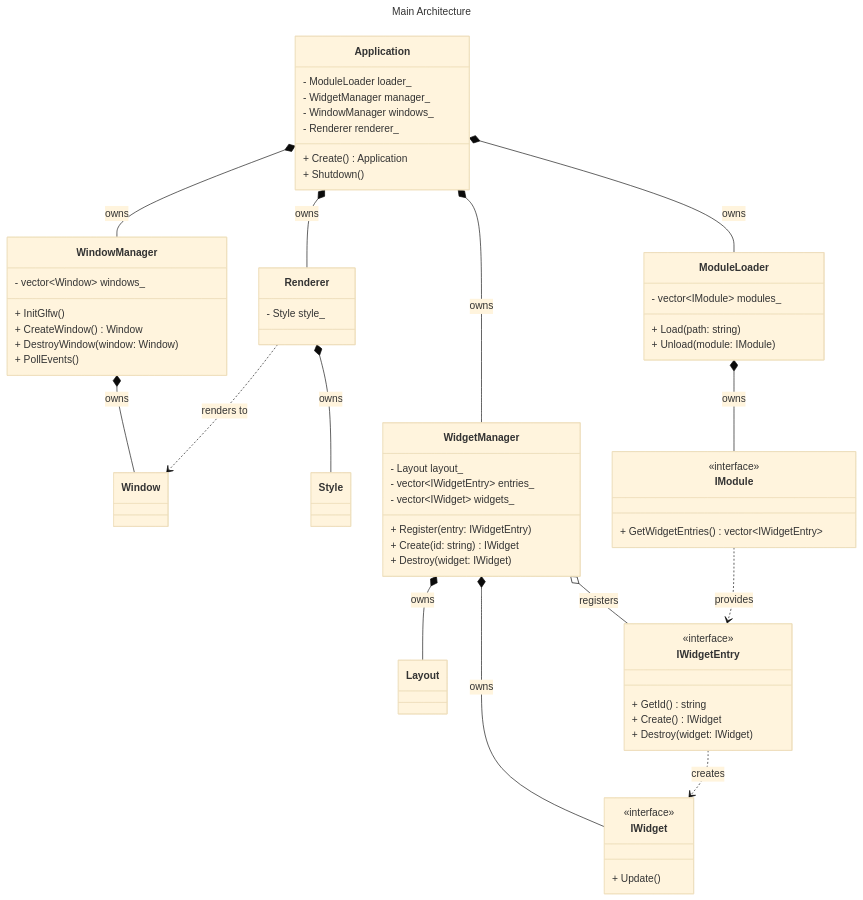
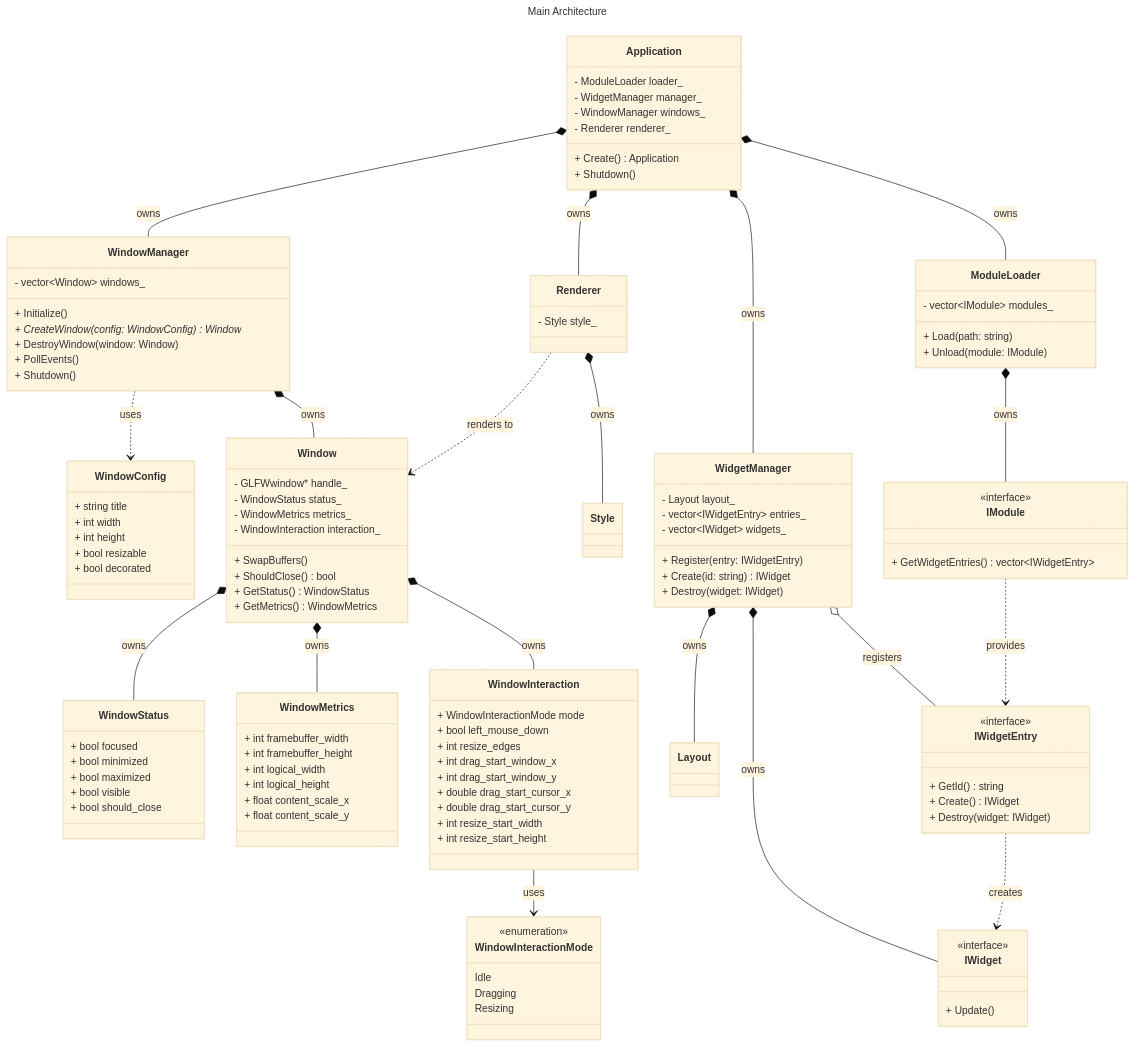
The diagram in docs/UML.md (Arc-Asumity/broise), drawn with Mermaid (base theme) before and after one commit. The commit also changed 10 other files, not shown here.

````diff
--- a/docs/UML.md
+++ b/docs/UML.md
@@ -5,62 +5,116 @@
 classDiagram
 
 class Application {
-- ModuleLoader loader_
-- WidgetManager manager_
-- WindowManager windows_
-- Renderer renderer_
-+ Create() Application
-+ Shutdown()
+    - ModuleLoader loader_
+    - WidgetManager manager_
+    - WindowManager windows_
+    - Renderer renderer_
+    + Create() Application
+    + Shutdown()
 }
 
 class Renderer {
-- Style style_
+    - Style style_
 }
 
 class WindowManager {
-- vector~Window~ windows_
-+ InitGlfw()
-+ CreateWindow() Window
-+ DestroyWindow(window: Window)
-+ PollEvents()
+    - vector~Window~ windows_
+    + Initialize()
+    + CreateWindow(config: WindowConfig) Window*
+    + DestroyWindow(window: Window)
+    + PollEvents()
+    + Shutdown()
 }
 
-class Window
+class WindowConfig {
+    + string title
+    + int width
+    + int height
+    + bool resizable
+    + bool decorated
+}
+
+class Window {
+    - GLFWwindow* handle_
+    - WindowStatus status_
+    - WindowMetrics metrics_
+    - WindowInteraction interaction_
+    + SwapBuffers()
+    + ShouldClose() bool
+    + GetStatus() WindowStatus
+    + GetMetrics() WindowMetrics
+}
+
+class WindowStatus {
+    + bool focused
+    + bool minimized
+    + bool maximized
+    + bool visible
+    + bool should_close
+}
+
+class WindowMetrics {
+    + int framebuffer_width
+    + int framebuffer_height
+    + int logical_width
+    + int logical_height
+    + float content_scale_x
+    + float content_scale_y
+}
+
+class WindowInteraction {
+    + WindowInteractionMode mode
+    + bool left_mouse_down
+    + int resize_edges
+    + int drag_start_window_x
+    + int drag_start_window_y
+    + double drag_start_cursor_x
+    + double drag_start_cursor_y
+    + int resize_start_width
+    + int resize_start_height
+}
+
+class WindowInteractionMode {
+    <<enumeration>>
+    Idle
+    Dragging
+    Resizing
+}
 
 class Style
 
 class ModuleLoader {
-- vector~IModule~ modules_
-+ Load(path: string)
-+ Unload(module: IModule)
+    - vector~IModule~ modules_
+    + Load(path: string)
+    + Unload(module: IModule)
 }
 
 class WidgetManager {
-- Layout layout_
-- vector~IWidgetEntry~ entries_
-- vector~IWidget~ widgets_
-+ Register(entry: IWidgetEntry)
-+ Create(id: string) IWidget
-+ Destroy(widget: IWidget)
+    - Layout layout_
+    - vector~IWidgetEntry~ entries_
+    - vector~IWidget~ widgets_
+    + Register(entry: IWidgetEntry)
+    + Create(id: string) IWidget
+    + Destroy(widget: IWidget)
 }
 
 class Layout
 
 class IModule {
-<<interface>>
-+ GetWidgetEntries() vector~IWidgetEntry~
+    <<interface>>
+    + GetWidgetEntries() vector~IWidgetEntry~
 }
 
 class IWidgetEntry {
-<<interface>>
-+ GetId() string
-+ Create() IWidget
-+ Destroy(widget: IWidget)
+    <<interface>>
+    + GetId() string
+    + Create() IWidget
+    + Destroy(widget: IWidget)
 }
 
 class IWidget {
-<<interface>>
-+ Update()
+    <<interface>>
+    + Update()
 }
 
 Application *-- ModuleLoader : owns
@@ -69,6 +123,13 @@
 Application *-- Renderer : owns
 
 WindowManager *-- Window : owns
+WindowManager ..> WindowConfig : uses
+
+Window *-- WindowStatus : owns
+Window *-- WindowMetrics : owns
+Window *-- WindowInteraction : owns
+
+WindowInteraction --> WindowInteractionMode : uses
 
 Renderer *-- Style : owns
 Renderer ..> Window : renders to
@@ -79,6 +140,5 @@
 
 ModuleLoader *-- IModule : owns
 IModule ..> IWidgetEntry : provides
-
 IWidgetEntry ..> IWidget : creates
 ```
````
